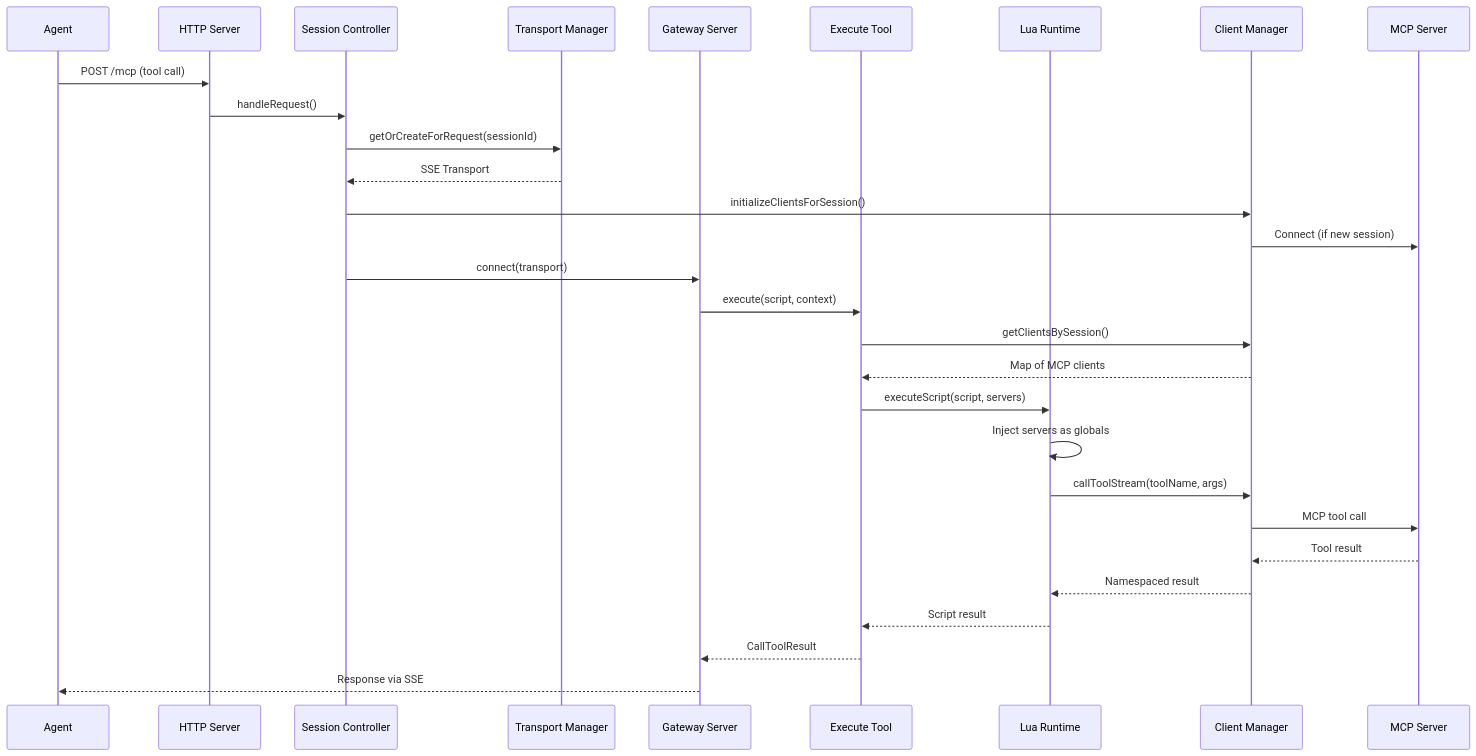
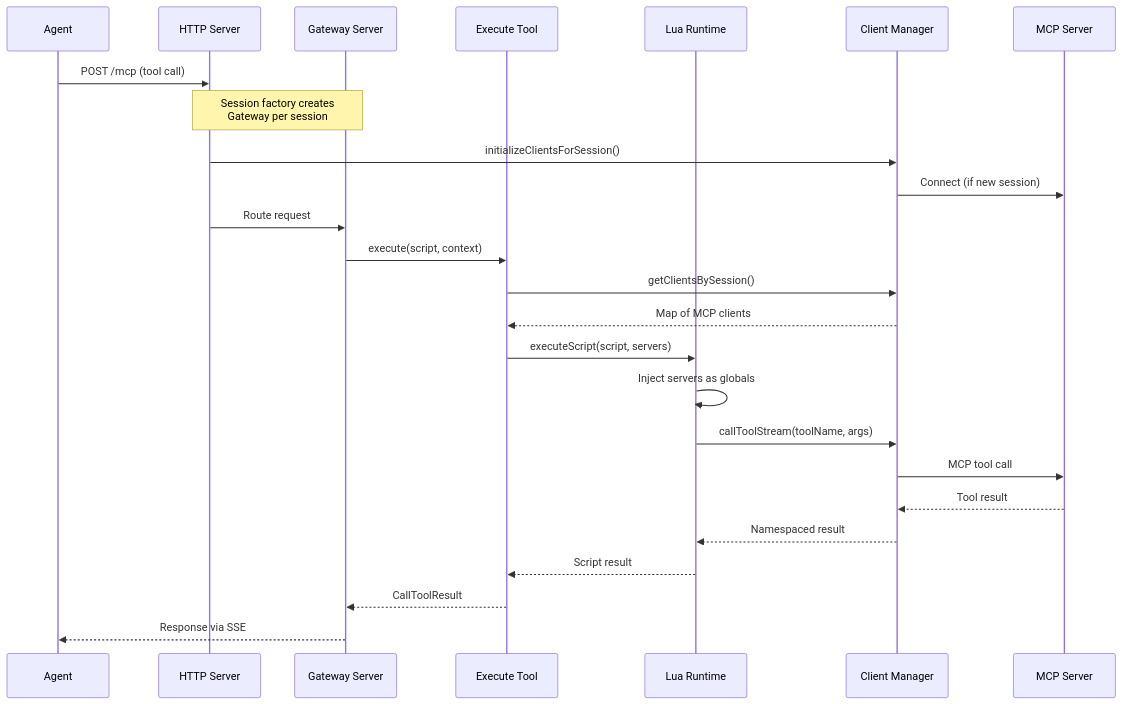
One commit to karashiiro/my-cool-proxy changed the third of 3 diagrams in docs/design/index.md. Above: the diagram before and after it, drawn with Mermaid. The commit also changed other lines of this file and 3 other files, not shown here.

````diff
--- a/docs/design/index.md
+++ b/docs/design/index.md
@@ -109,32 +108,28 @@
 ```mermaid
 sequenceDiagram
     participant Agent
-    participant Hono as HTTP Server
-    participant Session as Session Controller
-    participant Transport as Transport Manager
+    participant HTTP as HTTP Server
     participant Gateway as Gateway Server
     participant Execute as Execute Tool
     participant Lua as Lua Runtime
     participant Client as Client Manager
     participant Upstream as MCP Server
 
-    Agent->>Hono: POST /mcp (tool call)
-    Hono->>Session: handleRequest()
-    Session->>Transport: getOrCreateForRequest(sessionId)
-    Transport-->>Session: SSE Transport
-    Session->>Client: initializeClientsForSession()
+    Agent->>HTTP: POST /mcp (tool call)
+    Note over HTTP,Gateway: Session factory creates<br/>Gateway per session
+    HTTP->>Client: initializeClientsForSession()
     Client->>Upstream: Connect (if new session)
-    Session->>Gateway: connect(transport)
+    HTTP->>Gateway: Route request
     Gateway->>Execute: execute(script, context)
     Execute->>Client: getClientsBySession()
     Client-->>Execute: Map of MCP clients
     Execute->>Lua: executeScript(script, servers)
     Lua->>Lua: Inject servers as globals
     Lua->>Client: callToolStream(toolName, args)
     Client->>Upstream: MCP tool call
     Upstream-->>Client: Tool result
     Client-->>Lua: Namespaced result
     Lua-->>Execute: Script result
     Execute-->>Gateway: CallToolResult
     Gateway-->>Agent: Response via SSE
 ```
````
